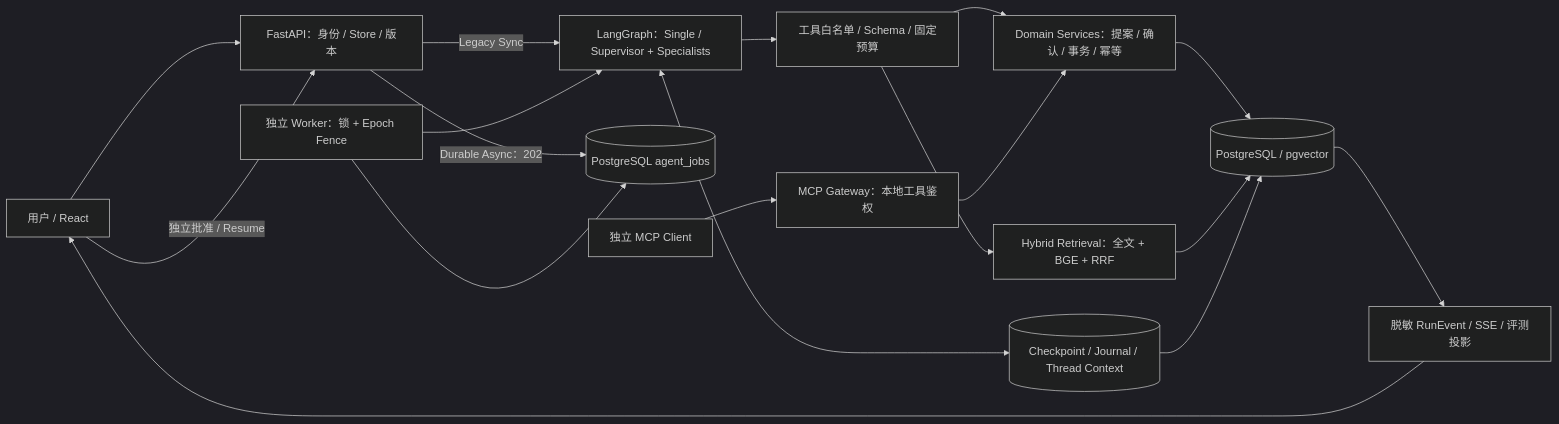
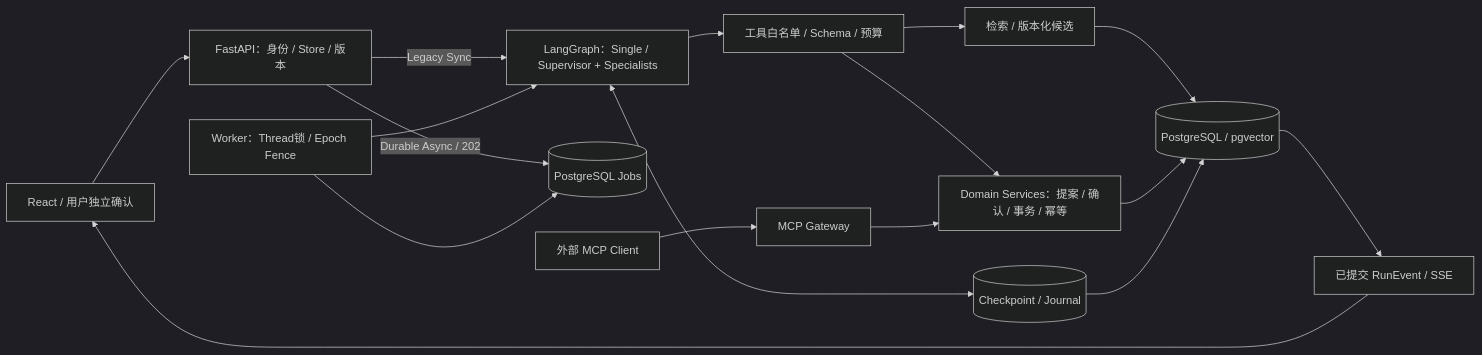
Before and after one commit to Cockatoo-xlk/AgentMall-Portfolio: the diagram in README.md, drawn with Mermaid (dark theme). The commit also changed other lines of this file and 41 other files, not shown here.

````diff
--- a/README.md
+++ b/README.md
@@ -26,20 +25,17 @@
 ```mermaid
 flowchart LR
-  UI["用户 / React"] --> API["FastAPI：身份 / Store / 版本"]
-  API -->|"Legacy Sync"| G["LangGraph：Single / Supervisor + Specialists"]
-  API -->|"Durable Async：202"| Q[("PostgreSQL agent_jobs")]
-  W["独立 Worker：锁 + Epoch Fence"] --> Q
+  UI["React / 用户独立确认"] --> API["FastAPI：身份 / Store / 版本"]
+  API -->|Legacy Sync| G["LangGraph：Single / Supervisor + Specialists"]
+  API -->|Durable Async / 202| Q[(PostgreSQL Jobs)]
+  W["Worker：Thread锁 / Epoch Fence"] --> Q
   W --> G
-  G --> V["工具白名单 / Schema / 固定预算"]
-  V --> R["Hybrid Retrieval：全文 + BGE + RRF"]
+  G --> V["工具白名单 / Schema / 预算"]
+  V --> R["检索 / 版本化候选"]
   V --> D["Domain Services：提案 / 确认 / 事务 / 幂等"]
-  UI -->|"独立批准 / Resume"| API
-  D --> PG[("PostgreSQL / pgvector")]
-  R --> PG
-  G <--> CP[("Checkpoint / Journal / Thread Context")]
+  G <--> CP[(Checkpoint / Journal)]
+  R --> PG[(PostgreSQL / pgvector)]
+  D --> PG
   CP --> PG
-  PG --> E["脱敏 RunEvent / SSE / 评测投影"]
-  E --> UI
-  C["独立 MCP Client"] --> M["MCP Gateway：本地工具鉴权"]
-  M --> D
+  PG --> E["已提交 RunEvent / SSE"] --> UI
+  C["外部 MCP Client"] --> M["MCP Gateway"] --> D
 ```
````
